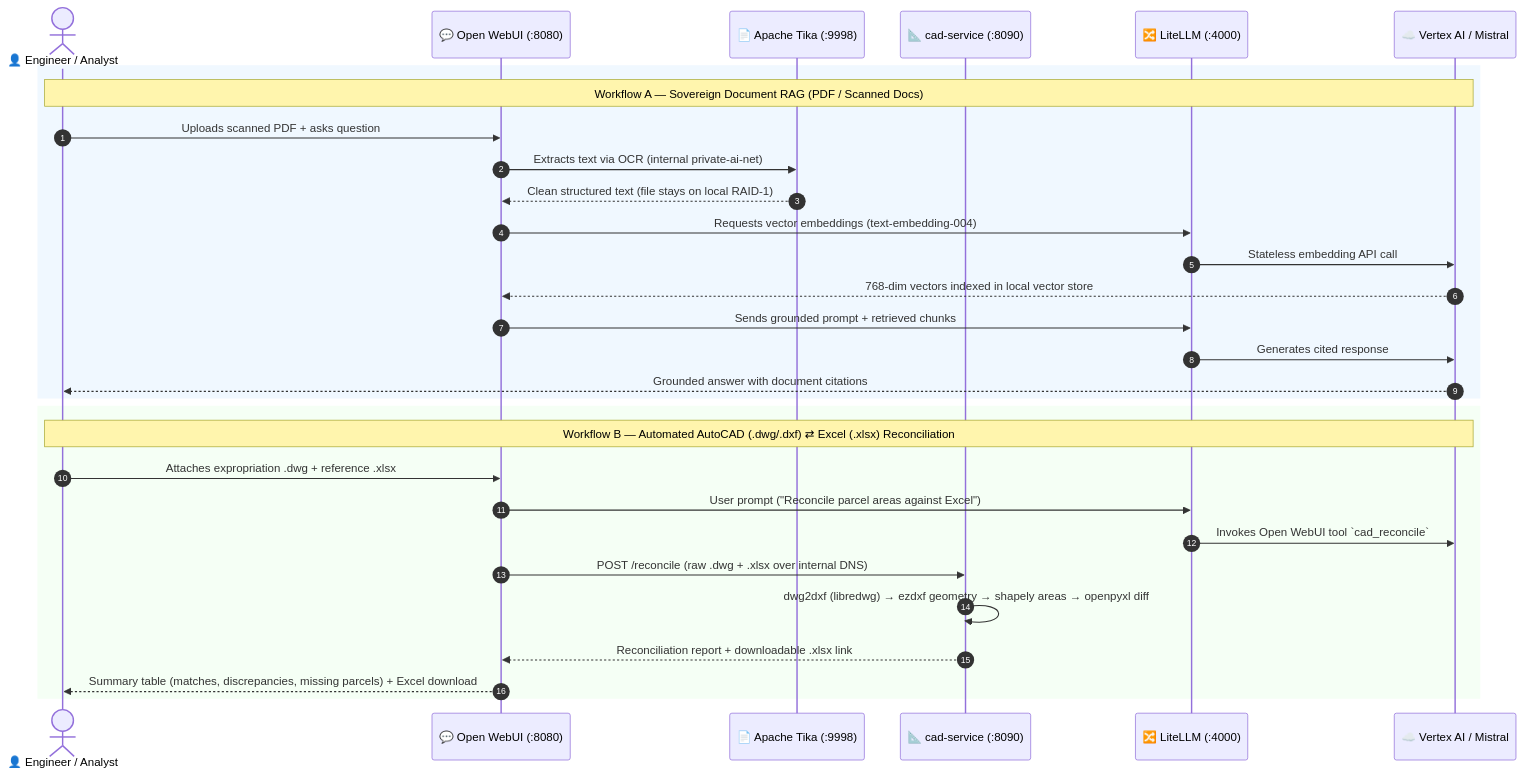
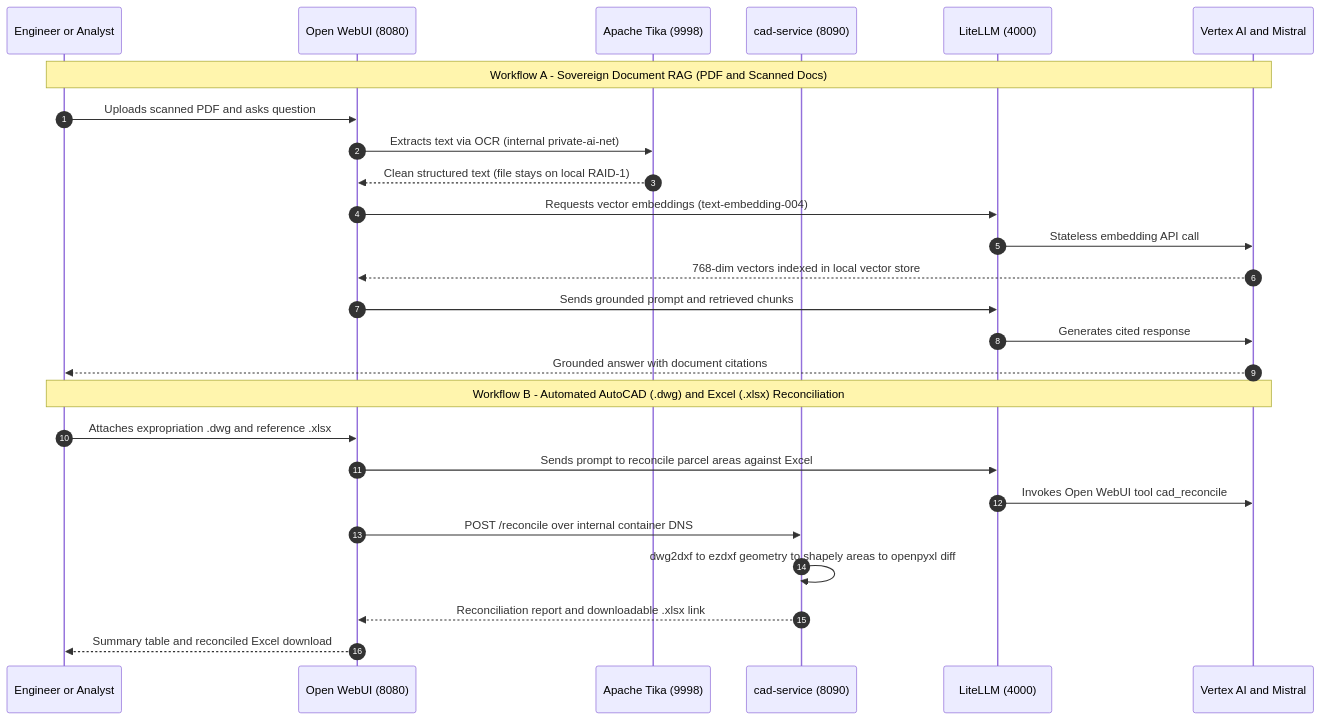
The second of 2 diagrams in README.md (AI-Governance-Lab/private-enterprise-ai-hub), drawn with Mermaid before and after one commit. The commit also changed other lines of this file, not shown here.

Commit message:
docs(readme): simplify Mermaid syntax for GitHub rich display

````diff
--- a/README.md
+++ b/README.md
@@ -109,34 +112,30 @@
 ```mermaid
 sequenceDiagram
     autonumber
-    actor User as 👤 Engineer / Analyst
-    participant UI as 💬 Open WebUI (:8080)
-    participant Tika as 📄 Apache Tika (:9998)
-    participant CAD as 📐 cad-service (:8090)
-    participant Proxy as 🔀 LiteLLM (:4000)
-    participant LLM as ☁️ Vertex AI / Mistral
+    participant User as Engineer or Analyst
+    participant UI as Open WebUI (8080)
+    participant Tika as Apache Tika (9998)
+    participant CAD as cad-service (8090)
+    participant Proxy as LiteLLM (4000)
+    participant LLM as Vertex AI and Mistral
 
-    rect rgb(240, 248, 255)
-        Note over User,LLM: Workflow A — Sovereign Document RAG (PDF / Scanned Docs)
-        User->>UI: Uploads scanned PDF + asks question
-        UI->>Tika: Extracts text via OCR (internal private-ai-net)
-        Tika-->>UI: Clean structured text (file stays on local RAID-1)
-        UI->>Proxy: Requests vector embeddings (text-embedding-004)
-        Proxy->>LLM: Stateless embedding API call
-        LLM-->>UI: 768-dim vectors indexed in local vector store
-        UI->>Proxy: Sends grounded prompt + retrieved chunks
-        Proxy->>LLM: Generates cited response
-        LLM-->>User: Grounded answer with document citations
-    end
+    Note over User,LLM: Workflow A - Sovereign Document RAG (PDF and Scanned Docs)
+    User->>UI: Uploads scanned PDF and asks question
+    UI->>Tika: Extracts text via OCR (internal private-ai-net)
+    Tika-->>UI: Clean structured text (file stays on local RAID-1)
+    UI->>Proxy: Requests vector embeddings (text-embedding-004)
+    Proxy->>LLM: Stateless embedding API call
+    LLM-->>UI: 768-dim vectors indexed in local vector store
+    UI->>Proxy: Sends grounded prompt and retrieved chunks
+    Proxy->>LLM: Generates cited response
+    LLM-->>User: Grounded answer with document citations
 
-    rect rgb(245, 255, 245)
-        Note over User,LLM: Workflow B — Automated AutoCAD (.dwg/.dxf) ⇄ Excel (.xlsx) Reconciliation
-        User->>UI: Attaches expropriation .dwg + reference .xlsx
-        UI->>Proxy: User prompt ("Reconcile parcel areas against Excel")
-        Proxy->>LLM: Invokes Open WebUI tool `cad_reconcile`
-        UI->>CAD: POST /reconcile (raw .dwg + .xlsx over internal DNS)
-        CAD->>CAD: dwg2dxf (libredwg) → ezdxf geometry → shapely areas → openpyxl diff
-        CAD-->>UI: Reconciliation report + downloadable .xlsx link
-        UI-->>User: Summary table (matches, discrepancies, missing parcels) + Excel download
-    end
+    Note over User,LLM: Workflow B - Automated AutoCAD (.dwg) and Excel (.xlsx) Reconciliation
+    User->>UI: Attaches expropriation .dwg and reference .xlsx
+    UI->>Proxy: Sends prompt to reconcile parcel areas against Excel
+    Proxy->>LLM: Invokes Open WebUI tool cad_reconcile
+    UI->>CAD: POST /reconcile over internal container DNS
+    CAD->>CAD: dwg2dxf to ezdxf geometry to shapely areas to openpyxl diff
+    CAD-->>UI: Reconciliation report and downloadable .xlsx link
+    UI-->>User: Summary table and reconciled Excel download
 ```
````
